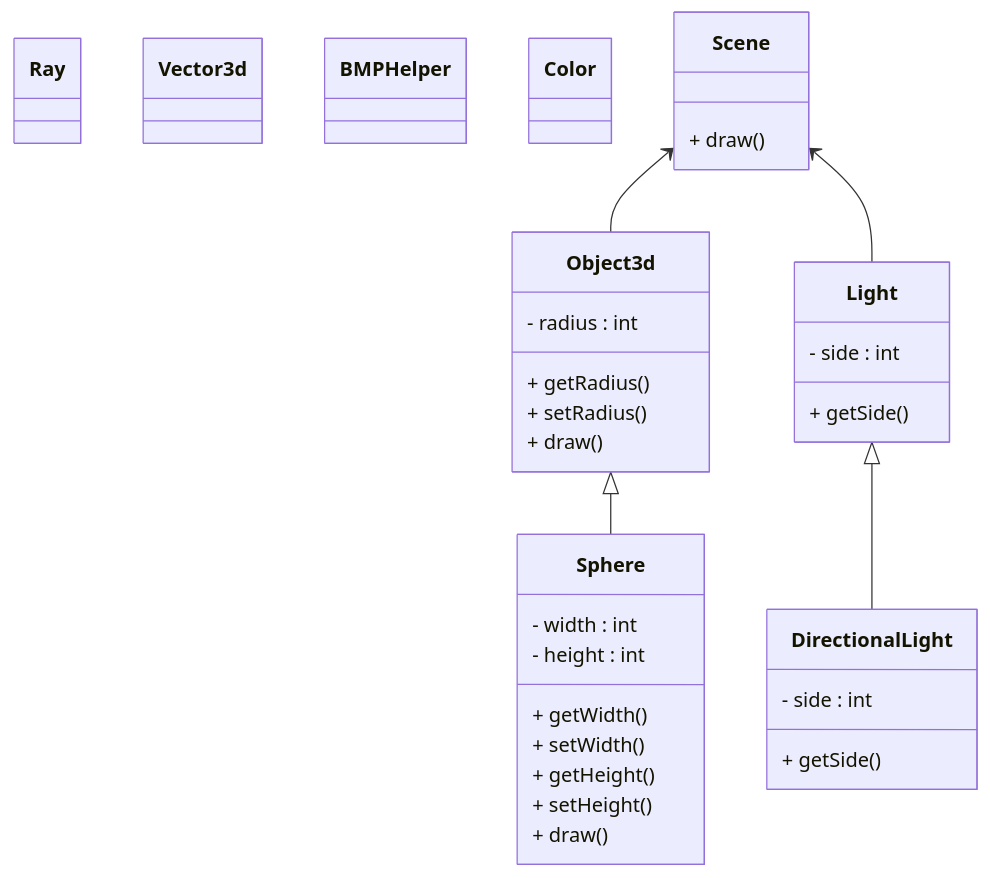
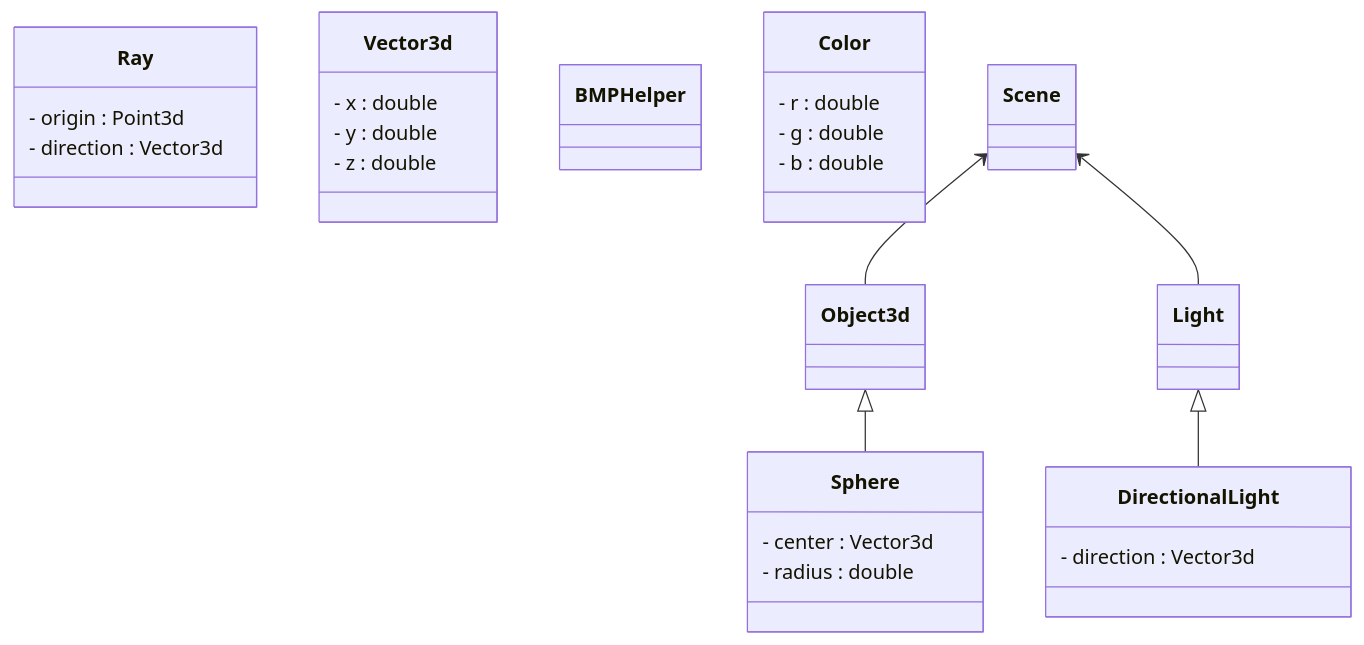
The diagram in README.md (Kamomille/Projet_sythese_image), drawn with Mermaid before and after one commit. The commit also changed other lines of this file, not shown here.

````diff
--- a/README.md
+++ b/README.md
@@ -11,43 +11,38 @@
 ```mermaid
 classDiagram
     class Ray {
+        - origin : Point3d
+        - direction : Vector3d
     }
     class Vector3d {
+        - x : double
+        - y : double
+        - z : double
     }
     class BMPHelper {
     }
     class Color {
+        - r : double
+        - g : double
+        - b : double
     }
     
     class Scene {
-        + draw()
     }
     class Object3d {
-        - radius : int
-        + getRadius()
-        + setRadius()
-        + draw()
     }
     class Sphere {
-        - width : int
-        - height : int
-        + getWidth()
-        + setWidth()
-        + getHeight()
-        + setHeight()
-        + draw()
+        - center : Vector3d
+        - radius : double
     }
     class Light {
-        - side : int
-        + getSide()
     }
     class DirectionalLight {
-        - side : int
-        + getSide()
+        - direction : Vector3d
     }
     Scene <-- Object3d
     Object3d <|-- Sphere
     Scene <-- Light
     Light <|-- DirectionalLight
 
 ```
````
